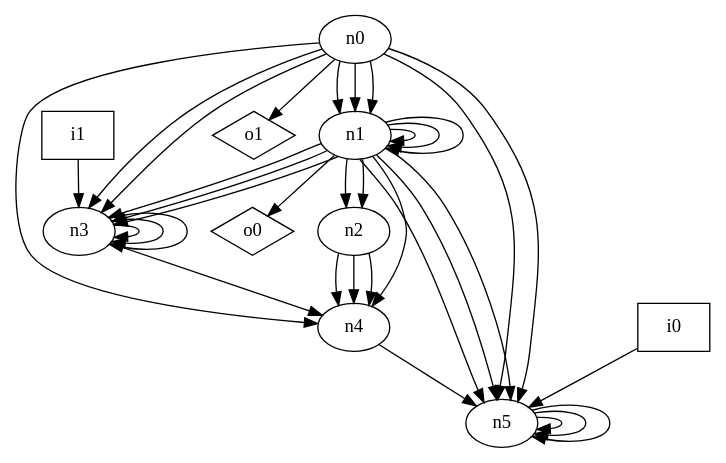
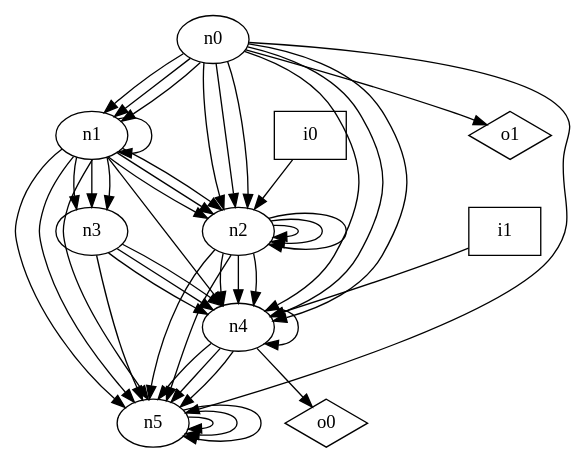
Before and after one commit to p9romain/bool-circuits: the diagram in dot_files/random/random_DAG_graph.dot, drawn with Graphviz. The commit also changed 87 other files, not shown here.

```diff
--- a/dot_files/random/random_DAG_graph.dot
+++ b/dot_files/random/random_DAG_graph.dot
@@ -1,47 +1,56 @@
 digraph G {
 n0 [label="n0"];
 n1 [label="n1"];
 n2 [label="n2"];
 n3 [label="n3"];
 n4 [label="n4"];
 n5 [label="n5"];
 n6 [label="i0",shape="box"];
 n7 [label="i1",shape="box"];
 n8 [label="o0",shape="diamond"];
 n9 [label="o1",shape="diamond"];
 n0 -> n1
 n0 -> n1
 n0 -> n1
-n0 -> n3
-n0 -> n3
+n0 -> n2
+n0 -> n2
+n0 -> n2
 n0 -> n4
-n0 -> n5
+n0 -> n4
+n0 -> n4
 n0 -> n5
 n0 -> n9
 n1 -> n1
-n1 -> n1
-n1 -> n1
+n1 -> n2
 n1 -> n2
 n1 -> n2
 n1 -> n3
 n1 -> n3
 n1 -> n3
 n1 -> n4
 n1 -> n5
 n1 -> n5
 n1 -> n5
-n1 -> n8
+n2 -> n2
+n2 -> n2
+n2 -> n2
 n2 -> n4
 n2 -> n4
 n2 -> n4
-n3 -> n3
-n3 -> n3
-n3 -> n3
+n2 -> n5
+n2 -> n5
 n3 -> n4
+n3 -> n4
+n3 -> n4
+n3 -> n5
+n4 -> n4
 n4 -> n5
+n4 -> n5
+n4 -> n5
+n4 -> n8
 n5 -> n5
 n5 -> n5
 n5 -> n5
-n6 -> n5
-n7 -> n3
+n6 -> n2
+n7 -> n4
 }
```
